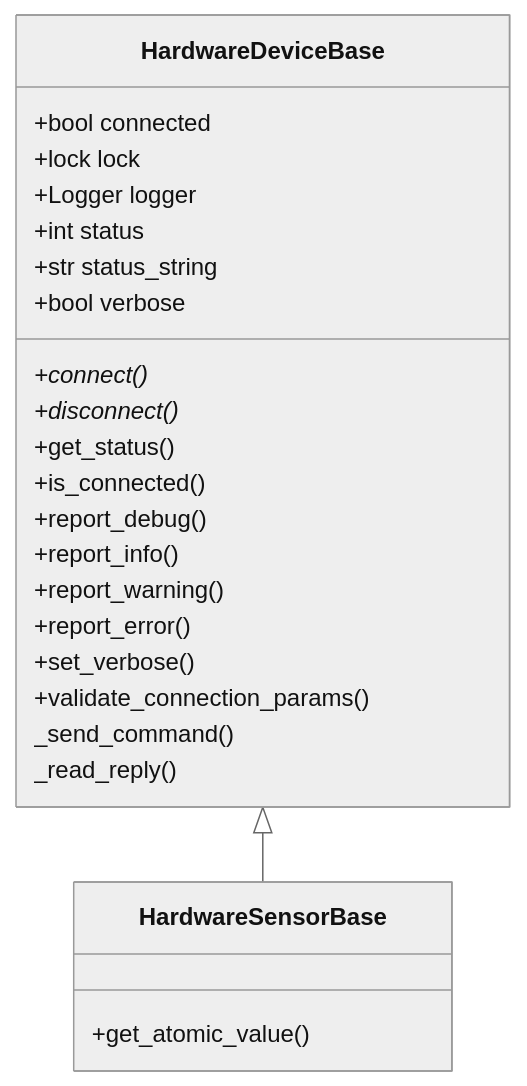
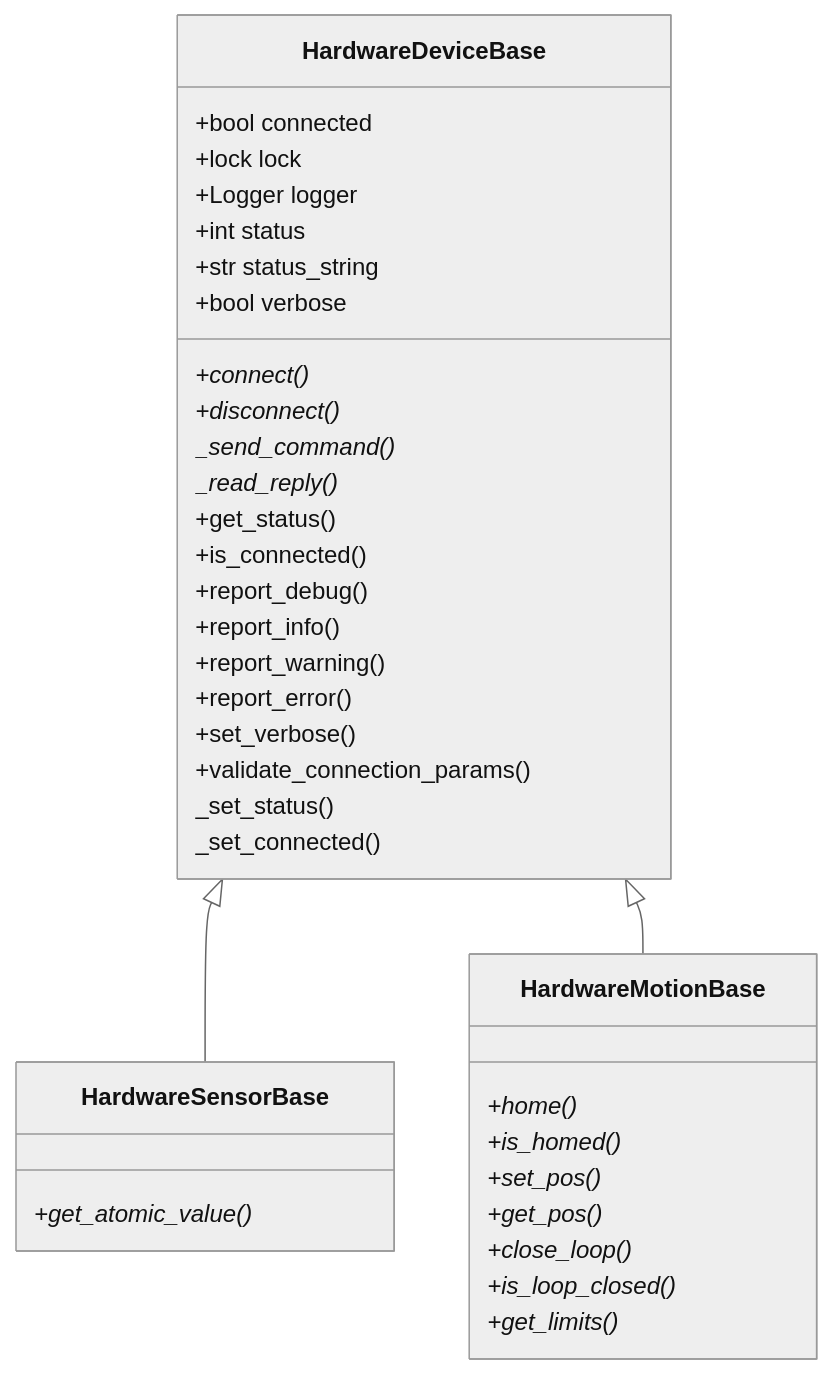
Before and after one commit to COO-Utilities/hardware_device_base: the diagram in README.md, drawn with Mermaid (neutral theme). The commit also changed other lines of this file, not shown here.

````diff
--- a/README.md
+++ b/README.md
@@ -24,29 +15,42 @@
 ```mermaid
 classDiagram
     HardwareDeviceBase <|-- HardwareSensorBase
+    HardwareDeviceBase <|-- HardwareMotionBase
     class HardwareDeviceBase {
         +bool connected
         +lock lock
         +Logger logger
         +int status
         +str status_string
         +bool verbose
         +connect()*
         +disconnect()*
+        _send_command()*
+        _read_reply()*
         +get_status()
         +is_connected()
         +report_debug()
         +report_info()
         +report_warning()
         +report_error()
         +set_verbose()
         +validate_connection_params()
-        _send_command()
-        _read_reply()
+        _set_status()
+        _set_connected()
     }
 
     class HardwareSensorBase {
-        +get_atomic_value()
+        +get_atomic_value()*
+    }
+    
+    class HardwareMotionBase {
+        +home()*
+        +is_homed()*
+        +set_pos()*
+        +get_pos()*
+        +close_loop()*
+        +is_loop_closed()*
+        +get_limits()*
     }
 
 ```
````
